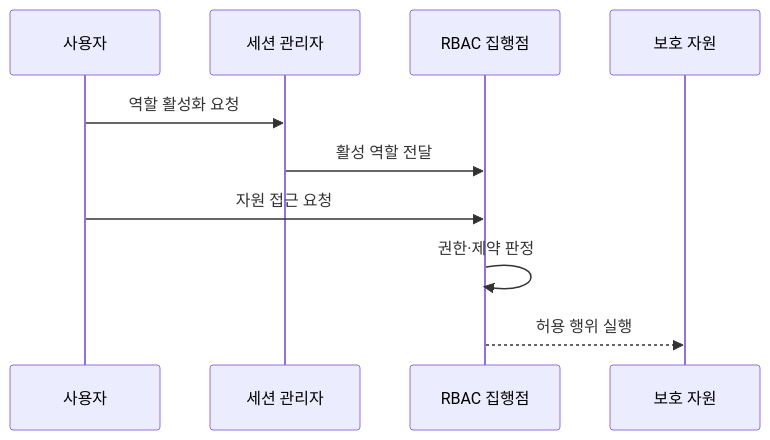
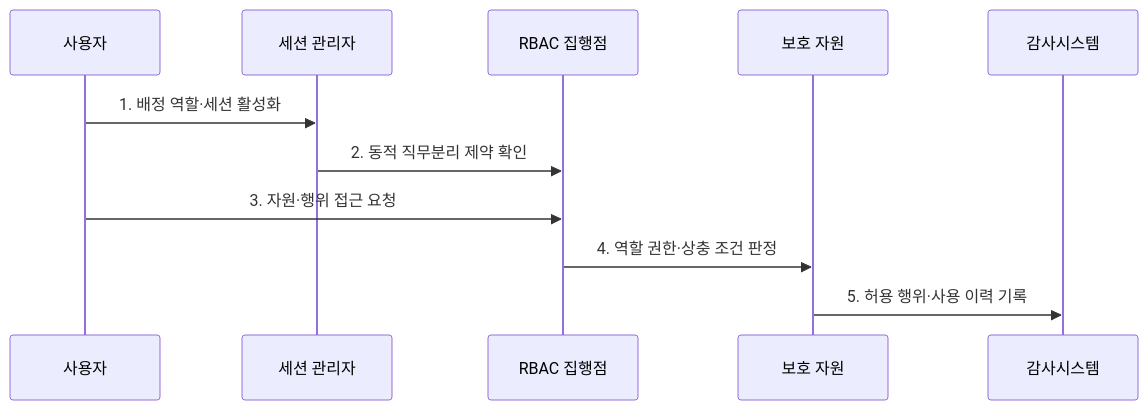
The second of 2 diagrams in src/content/docs/notes/05-security/059_rbac.md (agnusdei1207/knowledge-base), drawn with Mermaid before and after one commit. The commit also changed other lines of this file and 11 other files, not shown here.

````diff
--- a/src/content/docs/notes/05-security/059_rbac.md
+++ b/src/content/docs/notes/05-security/059_rbac.md
@@ -81,12 +83,13 @@
 ```mermaid
 sequenceDiagram
     participant U as 사용자
     participant S as 세션 관리자
     participant P as RBAC 집행점
     participant R as 보호 자원
-    U->>S: 역할 활성화 요청
-    S->>P: 활성 역할 전달
-    U->>P: 자원 접근 요청
-    P->>P: 권한·제약 판정
-    P-->>R: 허용 행위 실행
+    participant 감사시스템
+    U->>S: 1. 배정 역할·세션 활성화
+    S->>P: 2. 동적 직무분리 제약 확인
+    U->>P: 3. 자원·행위 접근 요청
+    P->>R: 4. 역할 권한·상충 조건 판정
+    R->>감사시스템: 5. 허용 행위·사용 이력 기록
 ```
````
